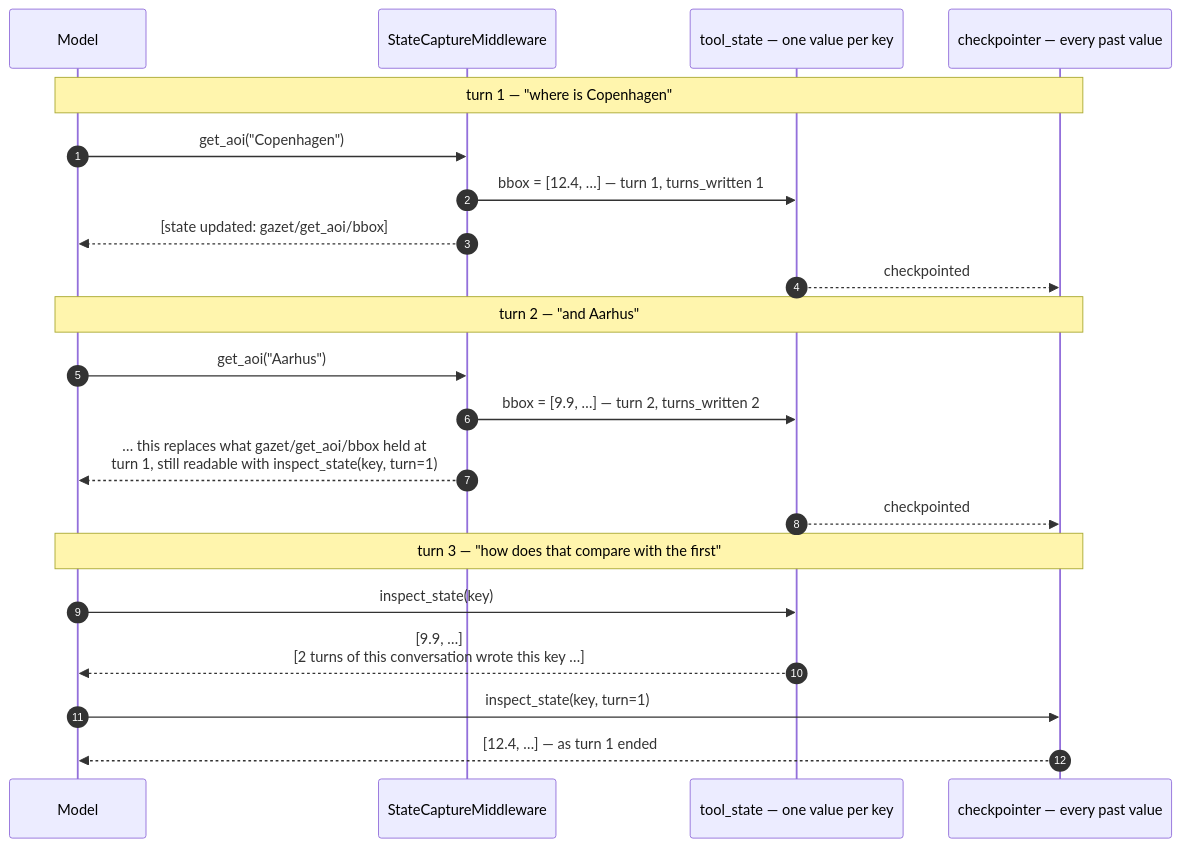
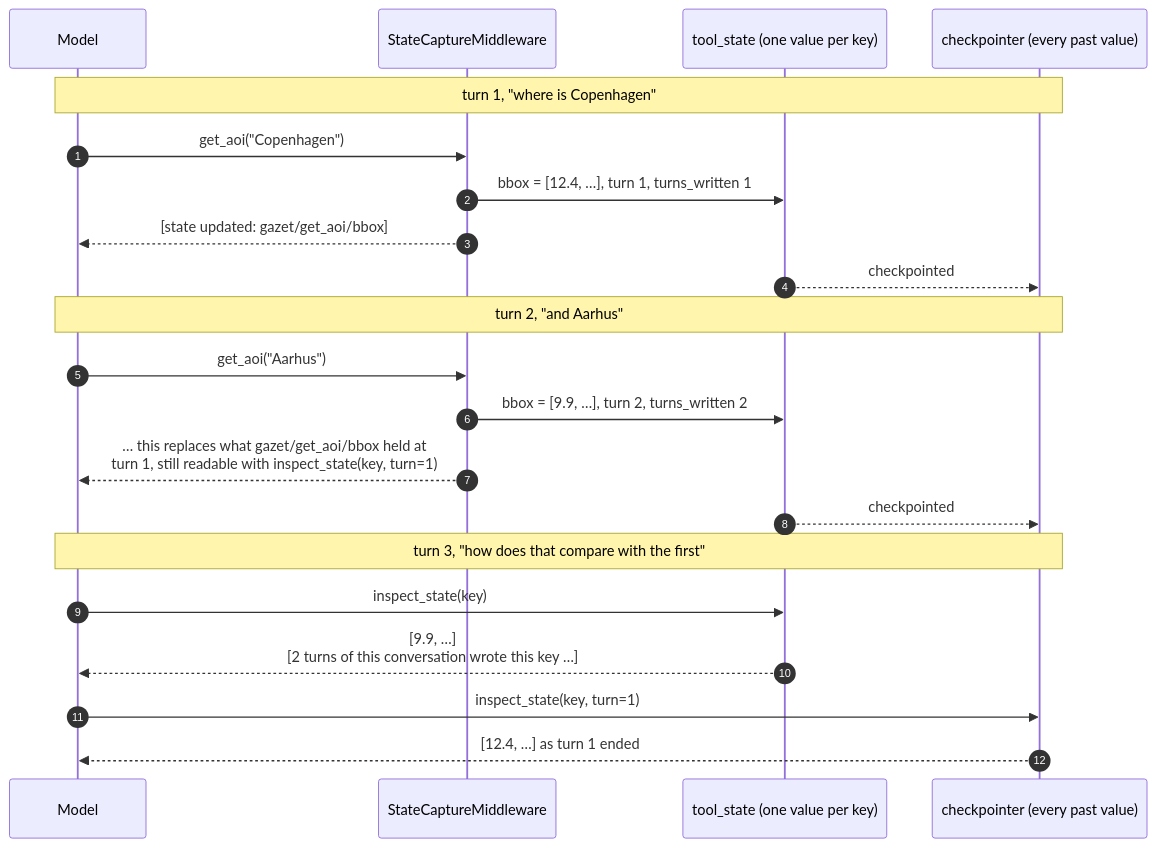
Before and after one commit to developmentseed/mcp-toolsets-runtime: the third of 3 diagrams in docs/SESSION-STATE.md, drawn with Mermaid. The commit also changed other lines of this file and 7 other files, not shown here.

````diff
--- a/docs/SESSION-STATE.md
+++ b/docs/SESSION-STATE.md
@@ -278,26 +286,26 @@
 ```mermaid
 sequenceDiagram
     autonumber
     participant Model
     participant Capture as StateCaptureMiddleware
-    participant State as tool_state — one value per key
-    participant Saver as checkpointer — every past value
+    participant State as tool_state (one value per key)
+    participant Saver as checkpointer (every past value)
 
-    Note over Model,Saver: turn 1 — "where is Copenhagen"
+    Note over Model,Saver: turn 1, "where is Copenhagen"
     Model->>Capture: get_aoi("Copenhagen")
-    Capture->>State: bbox = [12.4, …] — turn 1, turns_written 1
+    Capture->>State: bbox = [12.4, …], turn 1, turns_written 1
     Capture-->>Model: [state updated: gazet/get_aoi/bbox]
     State-->>Saver: checkpointed
 
-    Note over Model,Saver: turn 2 — "and Aarhus"
+    Note over Model,Saver: turn 2, "and Aarhus"
     Model->>Capture: get_aoi("Aarhus")
-    Capture->>State: bbox = [9.9, …] — turn 2, turns_written 2
+    Capture->>State: bbox = [9.9, …], turn 2, turns_written 2
     Capture-->>Model: … this replaces what gazet/get_aoi/bbox held at<br/>turn 1, still readable with inspect_state(key, turn=1)
     State-->>Saver: checkpointed
 
-    Note over Model,Saver: turn 3 — "how does that compare with the first"
+    Note over Model,Saver: turn 3, "how does that compare with the first"
     Model->>State: inspect_state(key)
     State-->>Model: [9.9, …]<br/>[2 turns of this conversation wrote this key …]
     Model->>Saver: inspect_state(key, turn=1)
-    Saver-->>Model: [12.4, …] — as turn 1 ended
+    Saver-->>Model: [12.4, …] as turn 1 ended
 ```
````
